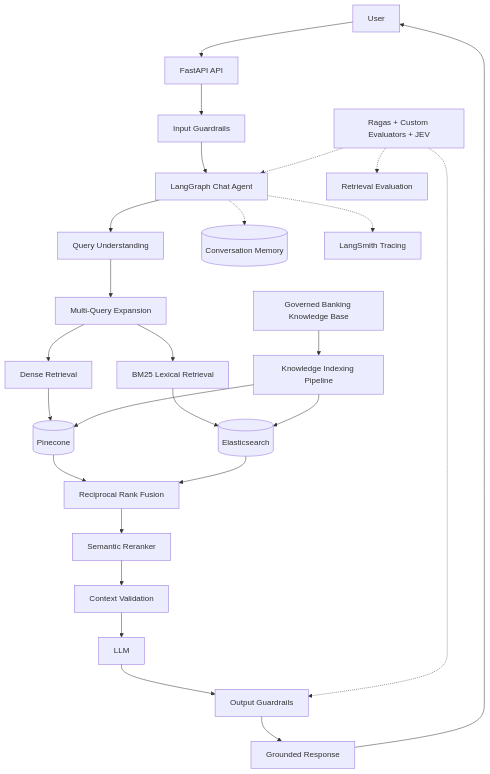
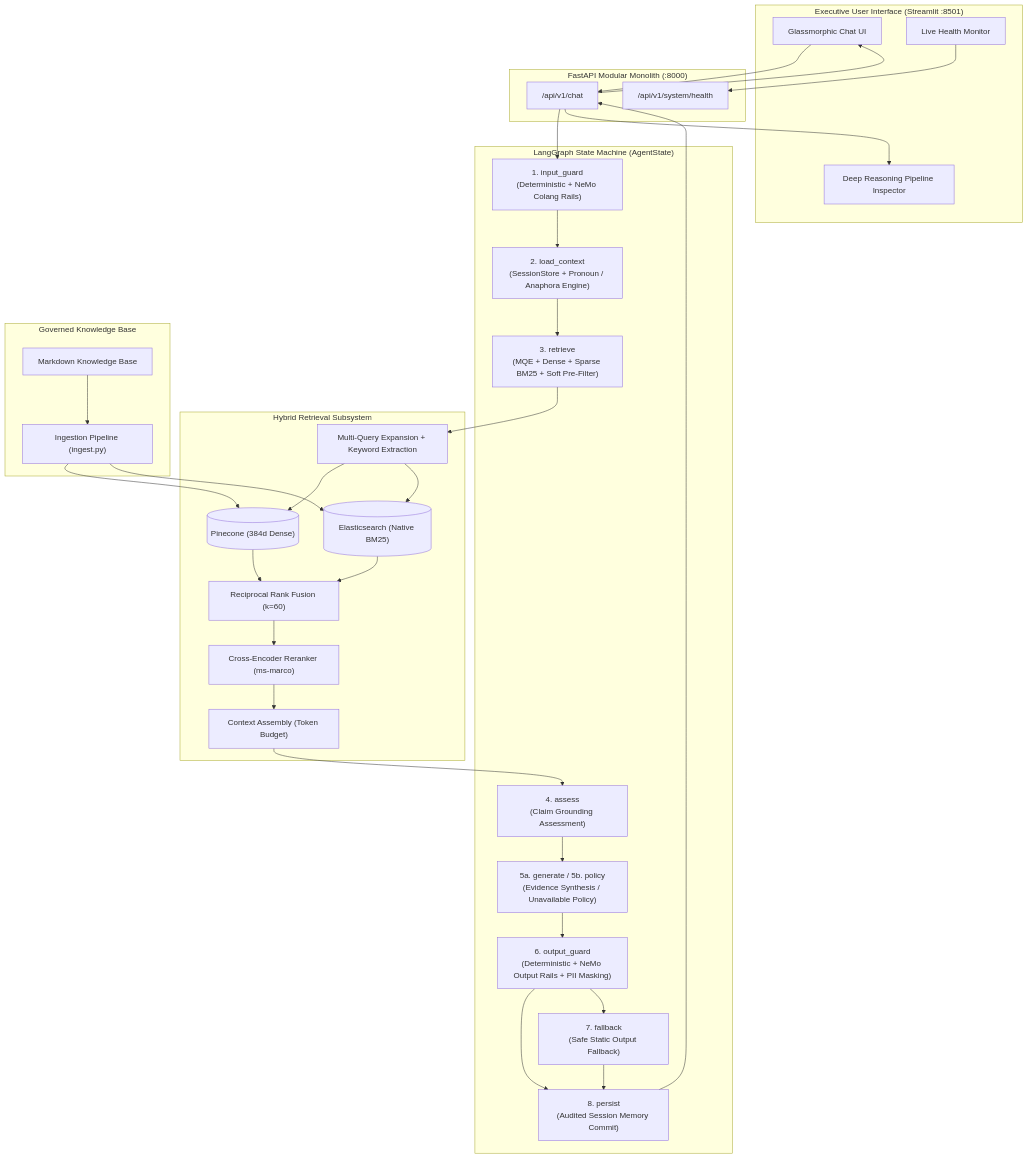
One commit to AdithyaGopakumar/Advanced-RAG-Banking changed the first of 31 diagrams in docs/ARCHITECTURE.md. Above: the diagram before and after it, drawn with Mermaid. The commit also changed other lines of this file and 8 other files, not shown here.

````diff
--- a/docs/ARCHITECTURE.md
+++ b/docs/ARCHITECTURE.md
@@ -19,36 +15,65 @@
 ``` mermaid
 flowchart TB
-    User["User"] --> API["FastAPI API"]
-    API --> InputGuard["Input Guardrails"]
-    InputGuard --> Agent["LangGraph Chat Agent"]
+    subgraph UI["Executive User Interface (Streamlit :8501)"]
+        ChatUI["Glassmorphic Chat UI"]
+        Inspector["Deep Reasoning Pipeline Inspector"]
+        HealthUI["Live Health Monitor"]
+    end
 
-    Agent --> Query["Query Understanding"]
-    Query --> MQE["Multi-Query Expansion"]
+    subgraph API["FastAPI Modular Monolith (:8000)"]
+        Router["/api/v1/chat"]
+        HealthRouter["/api/v1/system/health"]
+    end
 
-    MQE --> Dense["Dense Retrieval"]
-    MQE --> Lexical["BM25 Lexical Retrieval"]
+    subgraph Graph["LangGraph State Machine (AgentState)"]
+        InputGuard["1. input_guard<br/>(Deterministic + NeMo Colang Rails)"]
+        LoadContext["2. load_context<br/>(SessionStore + Pronoun / Anaphora Engine)"]
+        Retrieve["3. retrieve<br/>(MQE + Dense + Sparse BM25 + Soft Pre-Filter)"]
+        Assess["4. assess<br/>(Claim Grounding Assessment)"]
+        Generate["5a. generate / 5b. policy<br/>(Evidence Synthesis / Unavailable Policy)"]
+        OutputGuard["6. output_guard<br/>(Deterministic + NeMo Output Rails + PII Masking)"]
+        Fallback["7. fallback<br/>(Safe Static Output Fallback)"]
+        Persist["8. persist<br/>(Audited Session Memory Commit)"]
+    end
 
-    Dense --> Pinecone[("Pinecone")]
-    Lexical --> ES[("Elasticsearch")]
+    subgraph Search["Hybrid Retrieval Subsystem"]
+        MQE["Multi-Query Expansion + Keyword Extraction"]
+        Pinecone[("Pinecone (384d Dense)")]
+        ES[("Elasticsearch (Native BM25)")]
+        RRF["Reciprocal Rank Fusion (k=60)"]
+        Reranker["Cross-Encoder Reranker (ms-marco)"]
+        ContextBuild["Context Assembly (Token Budget)"]
+    end
 
-    Pinecone --> RRF["Reciprocal Rank Fusion"]
+    subgraph Knowledge["Governed Knowledge Base"]
+        KB["Markdown Knowledge Base"]
+        Ingest["Ingestion Pipeline (ingest.py)"]
+    end
+
+    ChatUI --> Router
+    HealthUI --> HealthRouter
+    Router --> InputGuard
+
+    InputGuard --> LoadContext
+    LoadContext --> Retrieve
+    Retrieve --> MQE
+    MQE --> Pinecone
+    MQE --> ES
+    Pinecone --> RRF
     ES --> RRF
+    RRF --> Reranker
+    Reranker --> ContextBuild
+    ContextBuild --> Assess
+    Assess --> Generate
+    Generate --> OutputGuard
+    OutputGuard --> Persist
+    OutputGuard --> Fallback
+    Fallback --> Persist
+    Persist --> Router
+    Router --> ChatUI
+    Router --> Inspector
 
-    RRF --> Reranker["Semantic Reranker"]
-    Reranker --> Context["Context Validation"]
-
-    Context --> LLM["LLM"]
-    LLM --> OutputGuard["Output Guardrails"]
-    OutputGuard --> Response["Grounded Response"]
-    Response --> User
-
-    KB["Governed Banking Knowledge Base"] --> Indexing["Knowledge Indexing Pipeline"]
-    Indexing --> Pinecone
-    Indexing --> ES
-
-    Agent -.-> Memory[("Conversation Memory")]
-    Agent -.-> LangSmith["LangSmith Tracing"]
-    Evaluation["Ragas + Custom Evaluators + JEV"] -.-> Agent
-    Evaluation -.-> Retrieval["Retrieval Evaluation"]
-    Evaluation -.-> OutputGuard
+    KB --> Ingest
+    Ingest --> Pinecone
+    Ingest --> ES
 ```
````
